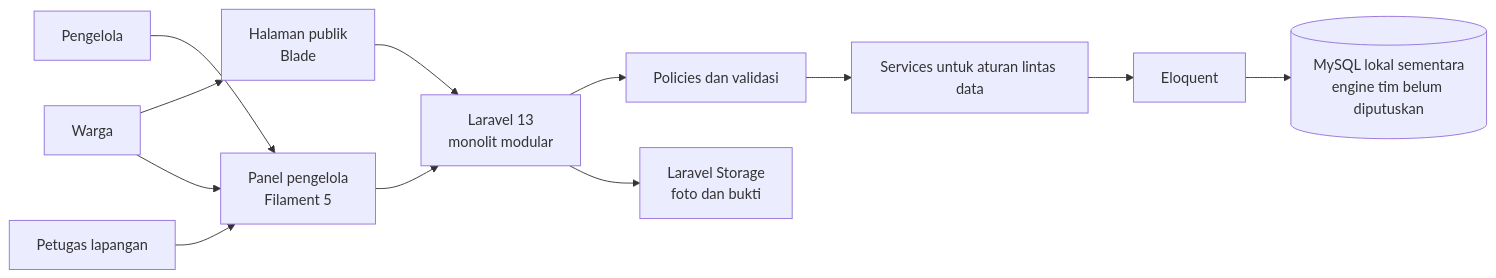
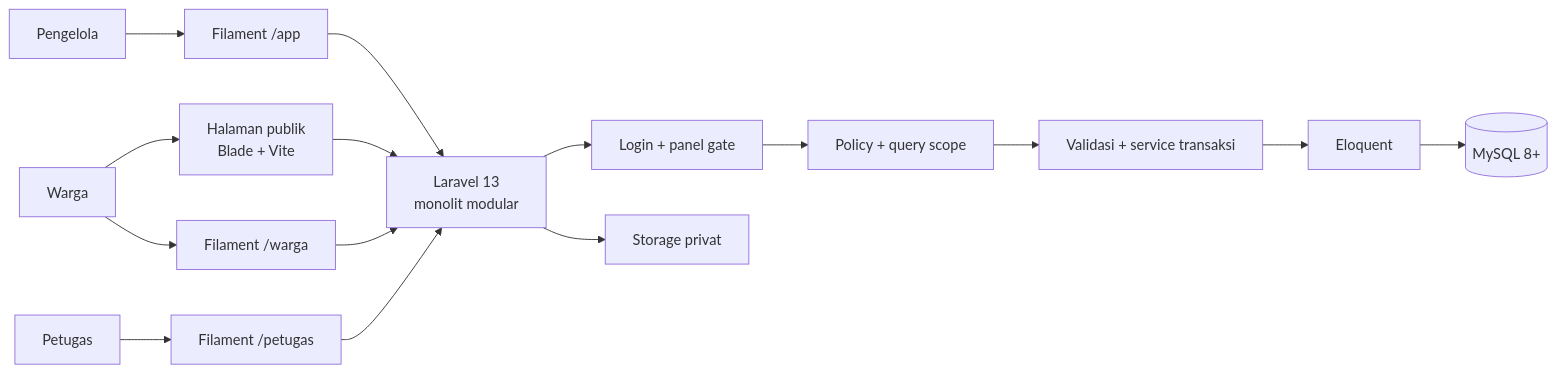
Before and after one commit to PPL-KelompokB-SI-48-ext/Hijauku-Adopsi-Pohon: the diagram in docs/architecture.md, drawn with Mermaid. The commit also changed other lines of this file and 38 other files, not shown here.

````diff
--- a/docs/architecture.md
+++ b/docs/architecture.md
@@ -15,14 +19,17 @@
 ```mermaid
 flowchart LR
-    W[Warga] --> PUB[Halaman publik<br/>Blade]
-    M[Pengelola] --> APP[Panel pengelola<br/>Filament 5]
-    F[Petugas lapangan] --> APP
-    W --> APP
-    PUB --> LAR[Laravel 13<br/>monolit modular]
-    APP --> LAR
-    LAR --> POL[Policies dan validasi]
-    POL --> SVC[Services untuk aturan lintas data]
-    SVC --> ORM[Eloquent]
-    ORM --> DB[(MySQL lokal sementara<br/>engine tim belum diputuskan)]
-    LAR --> FS[Laravel Storage<br/>foto dan bukti]
+    Citizen[Warga] --> Public[Halaman publik<br/>Blade + Vite]
+    Manager[Pengelola] --> ManagerPanel[Filament /app]
+    FieldStaff[Petugas] --> FieldPanel[Filament /petugas]
+    Citizen --> CitizenPanel[Filament /warga]
+    Public --> Laravel[Laravel 13<br/>monolit modular]
+    ManagerPanel --> Laravel
+    FieldPanel --> Laravel
+    CitizenPanel --> Laravel
+    Laravel --> Gate[Login + panel gate]
+    Gate --> Policy[Policy + query scope]
+    Policy --> Service[Validasi + service transaksi]
+    Service --> Models[Eloquent]
+    Models --> MySQL[(MySQL 8+)]
+    Laravel --> PrivateFiles[Storage privat]
 ```
````
